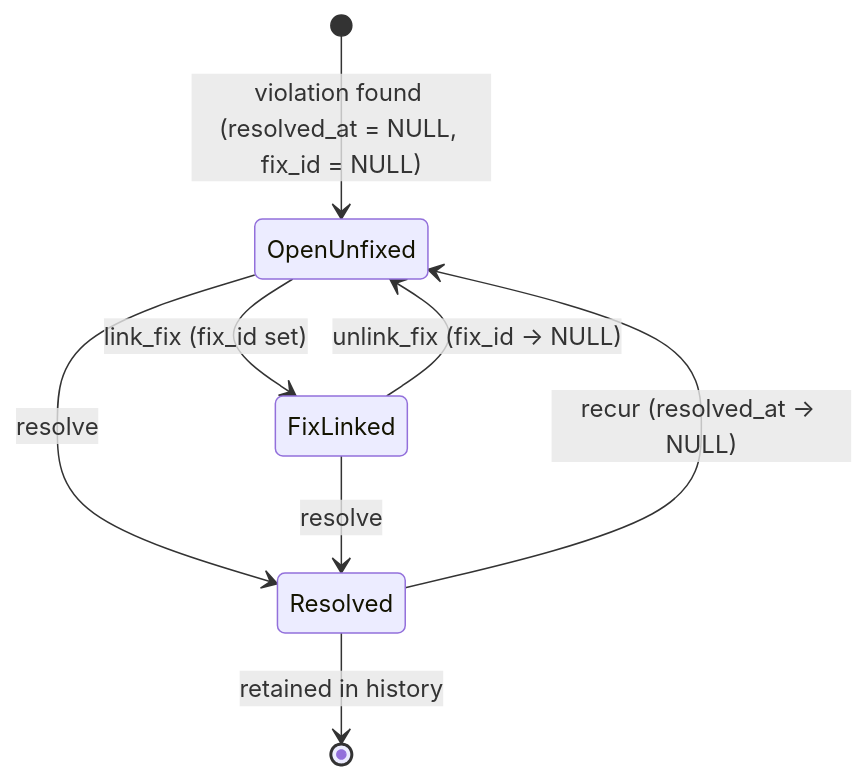
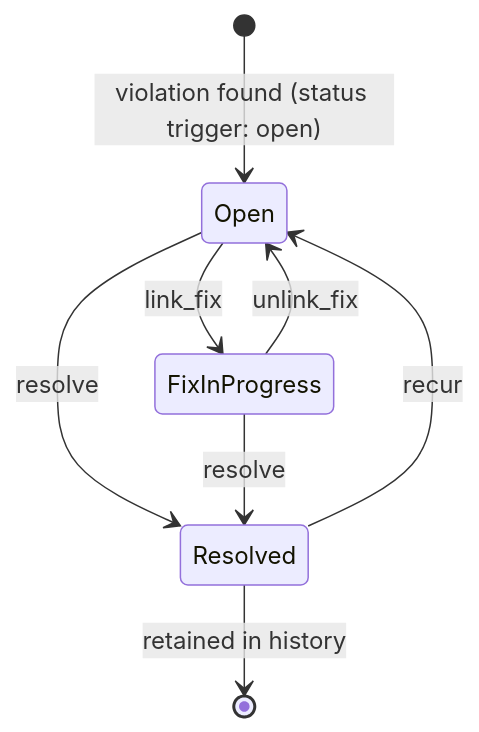
One commit to TheoGoudout/greensecops changed the third of 5 diagrams in docs/state-machines.md. Above: the diagram before and after it, drawn with Mermaid. The commit also changed other lines of this file, not shown here.

First line of the commit message:
docs: update state-machine diagrams to the implemented model

````diff
--- a/docs/state-machines.md
+++ b/docs/state-machines.md
@@ -189,14 +169,10 @@
 ```mermaid
 stateDiagram-v2
-    [*] --> OpenUnfixed: violation found (resolved_at = NULL, fix_id = NULL)
-
-    OpenUnfixed --> FixLinked: link_fix (fix_id set)
-    FixLinked --> OpenUnfixed: unlink_fix (fix_id → NULL)
-
-    OpenUnfixed --> Resolved: resolve
-    FixLinked --> Resolved: resolve
-
-    Resolved --> OpenUnfixed: recur (resolved_at → NULL)
-
+    [*] --> Open: violation found (status trigger: open)
+    Open --> FixInProgress: link_fix
+    FixInProgress --> Open: unlink_fix
+    Open --> Resolved: resolve
+    FixInProgress --> Resolved: resolve
+    Resolved --> Open: recur
     Resolved --> [*]: retained in history
 ```
````
